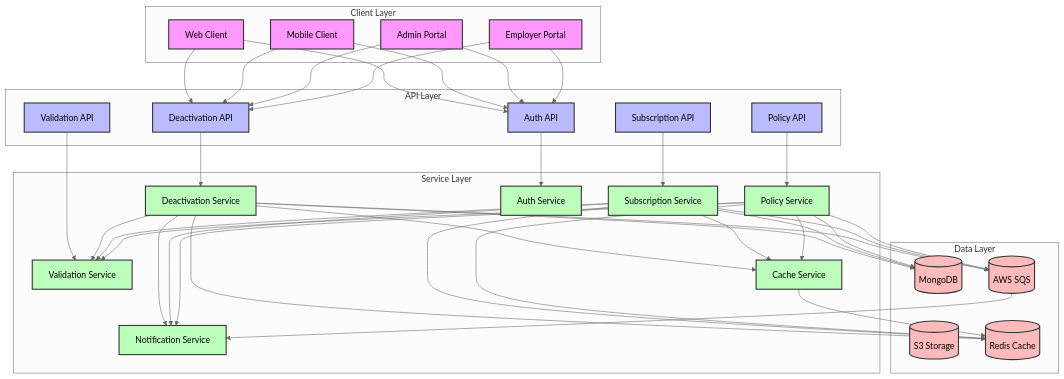
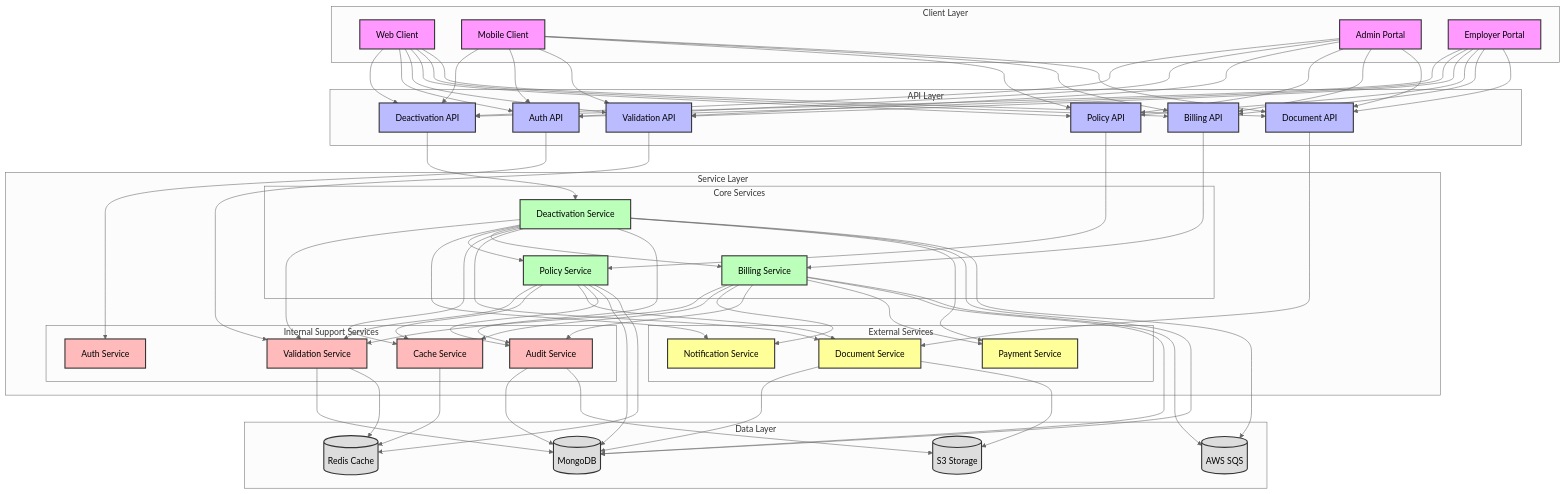
The first of 2 diagrams in docs/flows/deactivation.md (hayatonsurity/documentation), drawn with Mermaid (neutral theme) before and after one commit. The commit also changed other lines of this file and 12 other files, not shown here.

Commit message:
Corrected the diagrams and APIs

````diff
--- a/docs/flows/deactivation.md
+++ b/docs/flows/deactivation.md
@@ -8,87 +8,133 @@
 ```mermaid
 graph TB
-    subgraph Client Layer
+    %% Client Layer
+    subgraph ClientLayer[Client Layer]
         Web[Web Client]
         Mobile[Mobile Client]
         AdminPortal[Admin Portal]
         EmployerPortal[Employer Portal]
     end
 
-    subgraph API Layer
+    %% API Layer
+    subgraph APILayer[API Layer]
         DeactivationAPI[Deactivation API]
-        SubscriptionAPI[Subscription API]
+        ValidationAPI[Validation API]
         AuthAPI[Auth API]
-        ValidationAPI[Validation API]
         PolicyAPI[Policy API]
+        BillingAPI[Billing API]
+        DocumentAPI[Document API]
     end
 
-    subgraph Service Layer
-        DeactivationService[Deactivation Service]
-        SubscriptionService[Subscription Service]
-        NotificationService[Notification Service]
-        AuthService[Auth Service]
-        ValidationService[Validation Service]
-        CacheService[Cache Service]
-        PolicyService[Policy Service]
+    %% Service Layer
+    subgraph ServiceLayer[Service Layer]
+        subgraph CoreServices[Core Services]
+            DeactivationService[Deactivation Service]
+            PolicyService[Policy Service]
+            BillingService[Billing Service]
+        end
+        
+        subgraph InternalServices[Internal Support Services]
+            ValidationService[Validation Service]
+            AuthService[Auth Service]
+            CacheService[Cache Service]
+            AuditService[Audit Service]
+        end
+
+        subgraph ExternalServices[External Services]
+            NotificationService[Notification Service]
+            DocumentService[Document Service]
+            PaymentService[Payment Service]
+        end
     end
 
-    subgraph Data Layer
+    %% Data Layer
+    subgraph DataLayer[Data Layer]
         DB[(MongoDB)]
         S3[(S3 Storage)]
         Cache[(Redis Cache)]
         Queue[(AWS SQS)]
     end
 
-    %% Client Layer Connections
+    %% Client to API Connections
+    Web --> DeactivationAPI
     Web --> AuthAPI
+    Web --> ValidationAPI
+    Web --> PolicyAPI
+    Web --> BillingAPI
+    Web --> DocumentAPI
+    Mobile --> DeactivationAPI
     Mobile --> AuthAPI
+    Mobile --> ValidationAPI
+    Mobile --> PolicyAPI
+    Mobile --> BillingAPI
+    Mobile --> DocumentAPI
+    AdminPortal --> DeactivationAPI
     AdminPortal --> AuthAPI
+    AdminPortal --> ValidationAPI
+    AdminPortal --> PolicyAPI
+    AdminPortal --> BillingAPI
+    AdminPortal --> DocumentAPI
+    EmployerPortal --> DeactivationAPI
     EmployerPortal --> AuthAPI
-    Web --> DeactivationAPI
-    Mobile --> DeactivationAPI
-    AdminPortal --> DeactivationAPI
-    EmployerPortal --> DeactivationAPI
+    EmployerPortal --> ValidationAPI
+    EmployerPortal --> PolicyAPI
+    EmployerPortal --> BillingAPI
+    EmployerPortal --> DocumentAPI
 
-    %% API Layer Connections
+    %% API to Service Connections
+    DeactivationAPI --> DeactivationService
+    ValidationAPI --> ValidationService
     AuthAPI --> AuthService
-    DeactivationAPI --> DeactivationService
-    SubscriptionAPI --> SubscriptionService
-    ValidationAPI --> ValidationService
     PolicyAPI --> PolicyService
+    BillingAPI --> BillingService
+    DocumentAPI --> DocumentService
 
-    %% Service Layer Connections
+    %% Core Service Connections
     DeactivationService --> ValidationService
-    SubscriptionService --> ValidationService
+    DeactivationService --> NotificationService
+    DeactivationService --> PolicyService
+    DeactivationService --> BillingService
+    DeactivationService --> CacheService
+    DeactivationService --> DocumentService
+    DeactivationService --> AuditService
+    DeactivationService --> PaymentService
     PolicyService --> ValidationService
-    DeactivationService --> NotificationService
-    SubscriptionService --> NotificationService
-    PolicyService --> NotificationService
-    DeactivationService --> CacheService
-    SubscriptionService --> CacheService
     PolicyService --> CacheService
+    PolicyService --> DocumentService
+    PolicyService --> AuditService
+    BillingService --> ValidationService
+    BillingService --> CacheService
+    BillingService --> NotificationService
+    BillingService --> AuditService
+    BillingService --> PaymentService
 
     %% Service to Data Connections
     DeactivationService --> DB
-    SubscriptionService --> DB
+    DeactivationService --> Queue
     PolicyService --> DB
-    DeactivationService --> Cache
-    SubscriptionService --> Cache
     PolicyService --> Cache
-    DeactivationService --> Queue
-    SubscriptionService --> Queue
-    PolicyService --> Queue
-
-    %% Data Layer Connections
-    Queue --> NotificationService
+    BillingService --> DB
+    BillingService --> Queue
+    ValidationService --> DB
+    ValidationService --> Cache
+    DocumentService --> DB
+    DocumentService --> S3
+    AuditService --> DB
+    AuditService --> S3
     CacheService --> Cache
 
+    %% Styling
     classDef client fill:#f9f,stroke:#333,stroke-width:2px
     classDef api fill:#bbf,stroke:#333,stroke-width:2px
-    classDef service fill:#bfb,stroke:#333,stroke-width:2px
-    classDef data fill:#fbb,stroke:#333,stroke-width:2px
+    classDef coreService fill:#bfb,stroke:#333,stroke-width:2px
+    classDef internalService fill:#fbb,stroke:#333,stroke-width:2px
+    classDef externalService fill:#ff9,stroke:#333,stroke-width:2px
+    classDef data fill:#ddd,stroke:#333,stroke-width:2px
 
     class Web,Mobile,AdminPortal,EmployerPortal client
-    class DeactivationAPI,SubscriptionAPI,AuthAPI,ValidationAPI,PolicyAPI api
-    class DeactivationService,SubscriptionService,NotificationService,AuthService,ValidationService,CacheService,PolicyService service
+    class DeactivationAPI,ValidationAPI,AuthAPI,PolicyAPI,BillingAPI,DocumentAPI api
+    class DeactivationService,PolicyService,BillingService coreService
+    class ValidationService,AuthService,CacheService,AuditService internalService
+    class NotificationService,DocumentService,PaymentService externalService
     class DB,S3,Cache,Queue data
 ```
````
